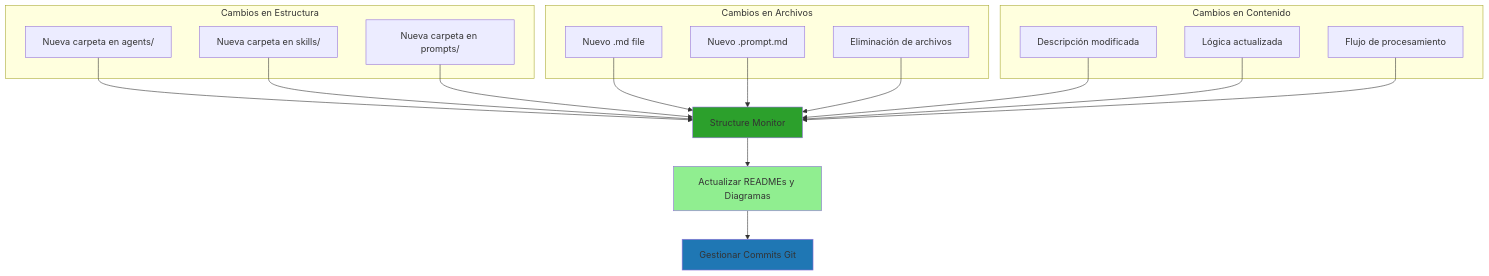
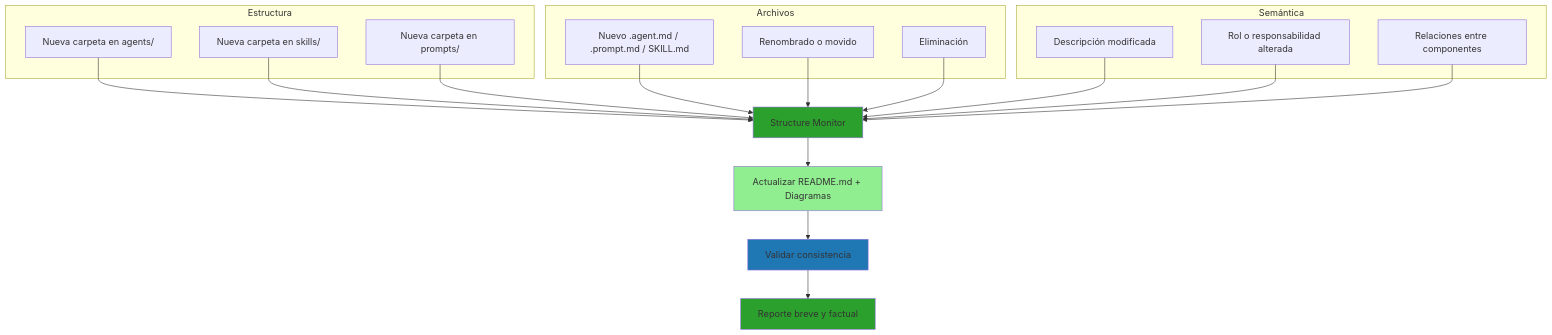
One commit to johansparra/ai-carib-intelligence-agent changed the diagram in .github/skills/core-structure-monitor/SKILL.md. Above: the diagram before and after it, drawn with Mermaid. The commit also changed other lines of this file and 8 other files, not shown here.

````diff
--- a/.github/skills/core-structure-monitor/SKILL.md
+++ b/.github/skills/core-structure-monitor/SKILL.md
@@ -56,37 +120,39 @@
 ```mermaid
 graph TB
-    subgraph "Cambios en Estructura"
+    subgraph "Estructura"
         A["Nueva carpeta en agents/"]
         B["Nueva carpeta en skills/"]
         C["Nueva carpeta en prompts/"]
     end
-    
-    subgraph "Cambios en Archivos"
-        D["Nuevo .md file"]
-        E["Nuevo .prompt.md"]
-        F["Eliminación de archivos"]
+
+    subgraph "Archivos"
+        D["Nuevo .agent.md / .prompt.md / SKILL.md"]
+        E["Renombrado o movido"]
+        F["Eliminación"]
     end
-    
-    subgraph "Cambios en Contenido"
+
+    subgraph "Semántica"
         G["Descripción modificada"]
-        H["Lógica actualizada"]
-        I["Flujo de procesamiento"]
+        H["Rol o responsabilidad alterada"]
+        I["Relaciones entre componentes"]
     end
-    
+
     A --> SM["Structure Monitor"]
     B --> SM
     C --> SM
     D --> SM
     E --> SM
     F --> SM
     G --> SM
     H --> SM
     I --> SM
-    
-    SM --> UPDATE["Actualizar READMEs y Diagramas"]
-    UPDATE --> GIT["Gestionar Commits Git"]
-    
+
+    SM --> UPDATE["Actualizar README.md + Diagramas"]
+    UPDATE --> VALIDATE["Validar consistencia"]
+    VALIDATE --> REPORT["Reporte breve y factual"]
+
     style SM fill:#2ca02c
     style UPDATE fill:#90ee90
-    style GIT fill:#1f77b4
+    style VALIDATE fill:#1f77b4
+    style REPORT fill:#2ca02c
 ```
````
